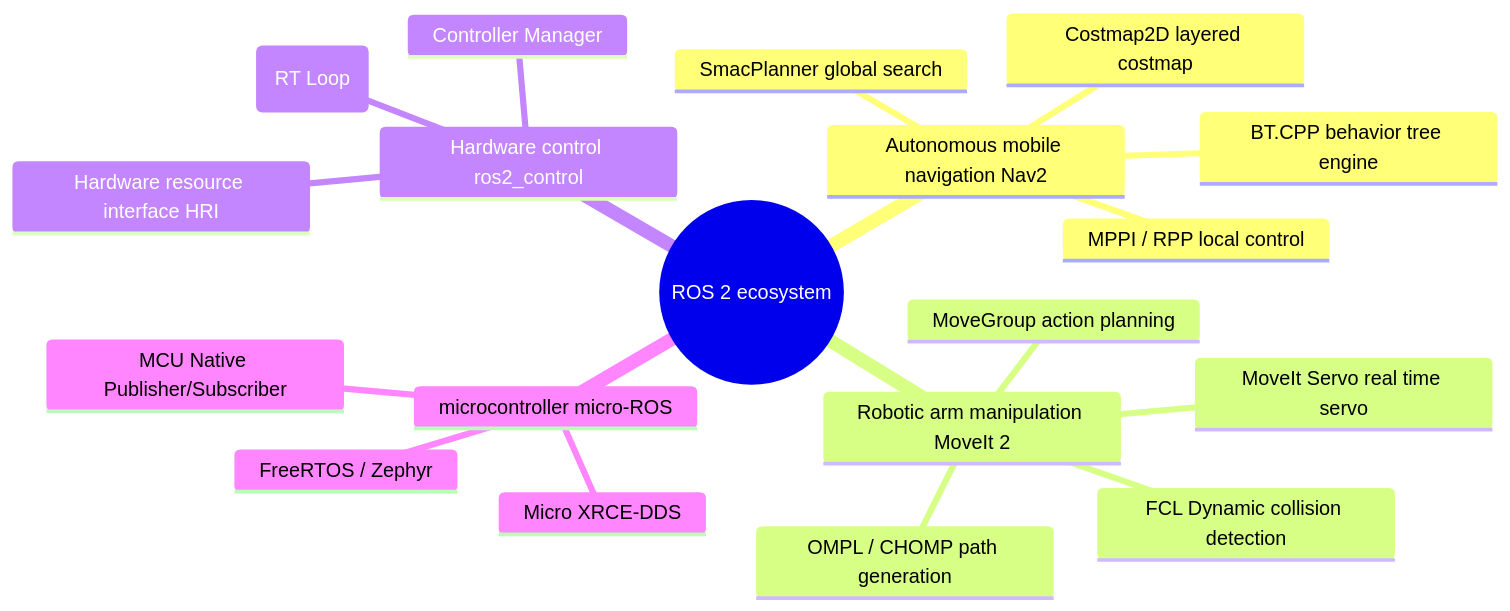
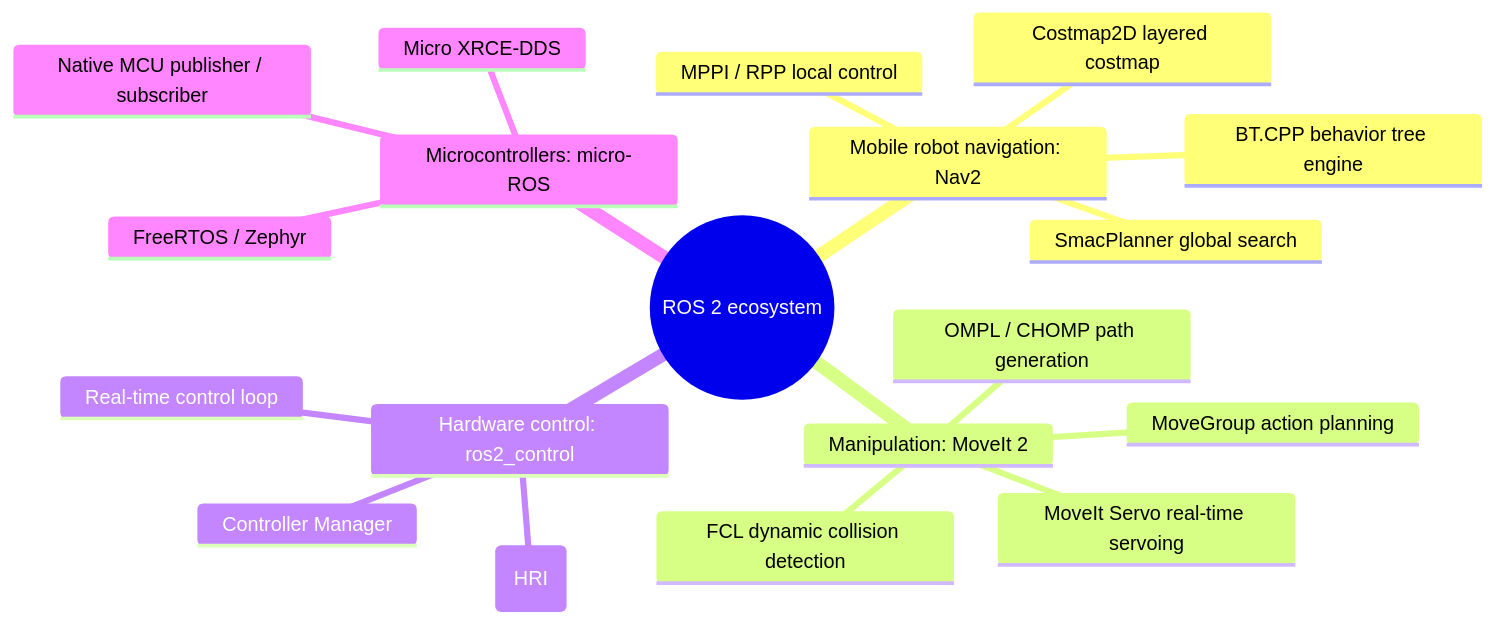
One commit to TingdeLiu/tingdeliu.github.io changed diagram 16 of 21 in _translations/en/research/ROS2-Survey.md. Above: the diagram before and after it, drawn with Mermaid. The commit also changed other lines of this file and 51 other files, not shown here.

````diff
--- a/_translations/en/research/ROS2-Survey.md
+++ b/_translations/en/research/ROS2-Survey.md
@@ -928,22 +928,22 @@
 ```mermaid
 mindmap
   root((ROS 2 ecosystem))
-    Autonomous mobile navigation Nav2
+    Mobile robot navigation: Nav2
       BT.CPP behavior tree engine
       SmacPlanner global search
       MPPI / RPP local control
       Costmap2D layered costmap
-    Robotic arm manipulation MoveIt 2
+    Manipulation: MoveIt 2
       MoveGroup action planning
       OMPL / CHOMP path generation
-      MoveIt Servo real time servo
-      FCL Dynamic collision detection
-    Hardware control ros2_control
+      MoveIt Servo real-time servoing
+      FCL dynamic collision detection
+    Hardware control: ros2_control
       Controller Manager
-      Hardware resource interface HRI
-      real time control loop (RT Loop)
-    microcontroller micro-ROS
+      Hardware Resource Interface (HRI)
+      Real-time control loop
+    Microcontrollers: micro-ROS
       Micro XRCE-DDS
       FreeRTOS / Zephyr
-      MCU Native Publisher/Subscriber
+      Native MCU publisher / subscriber
 ```
````
